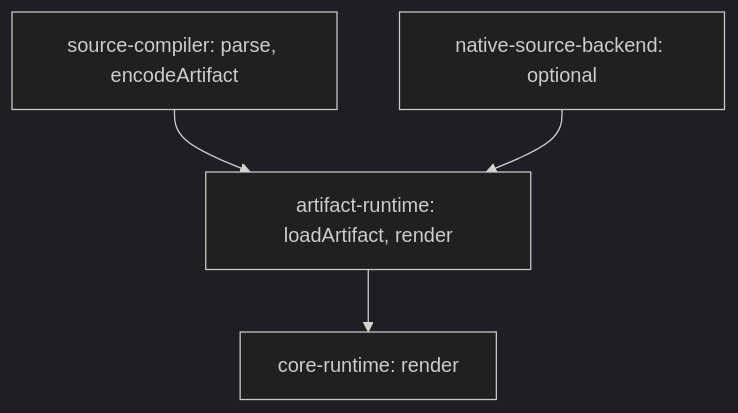
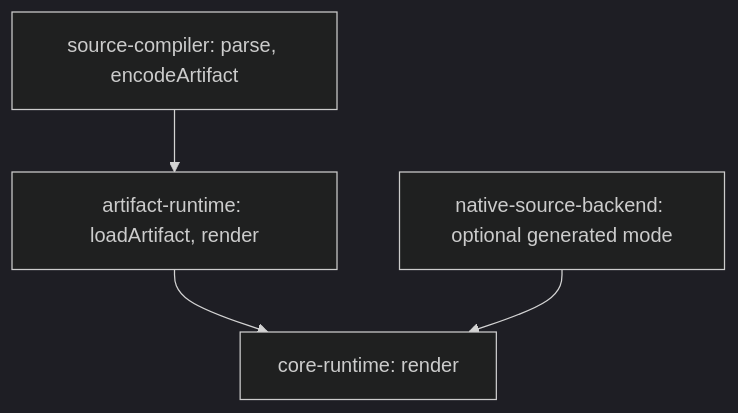
Before and after one commit to polyspec/template: the sixth of 6 diagrams in docs/spec/runtime.ko.md, drawn with Mermaid (dark theme). The commit also changed other lines of this file and 9 other files, not shown here.

````diff
--- a/docs/spec/runtime.ko.md
+++ b/docs/spec/runtime.ko.md
@@ -159,6 +179,6 @@
 ```mermaid
 flowchart TB
   SourceCompiler["source-compiler: parse, encodeArtifact"] --> ArtifactRuntime["artifact-runtime: loadArtifact, render"]
   ArtifactRuntime --> CoreRuntime["core-runtime: render"]
-  NativeBackend["native-source-backend: optional"] --> ArtifactRuntime
+  NativeBackend["native-source-backend: optional generated mode"] --> CoreRuntime
 ```
````
